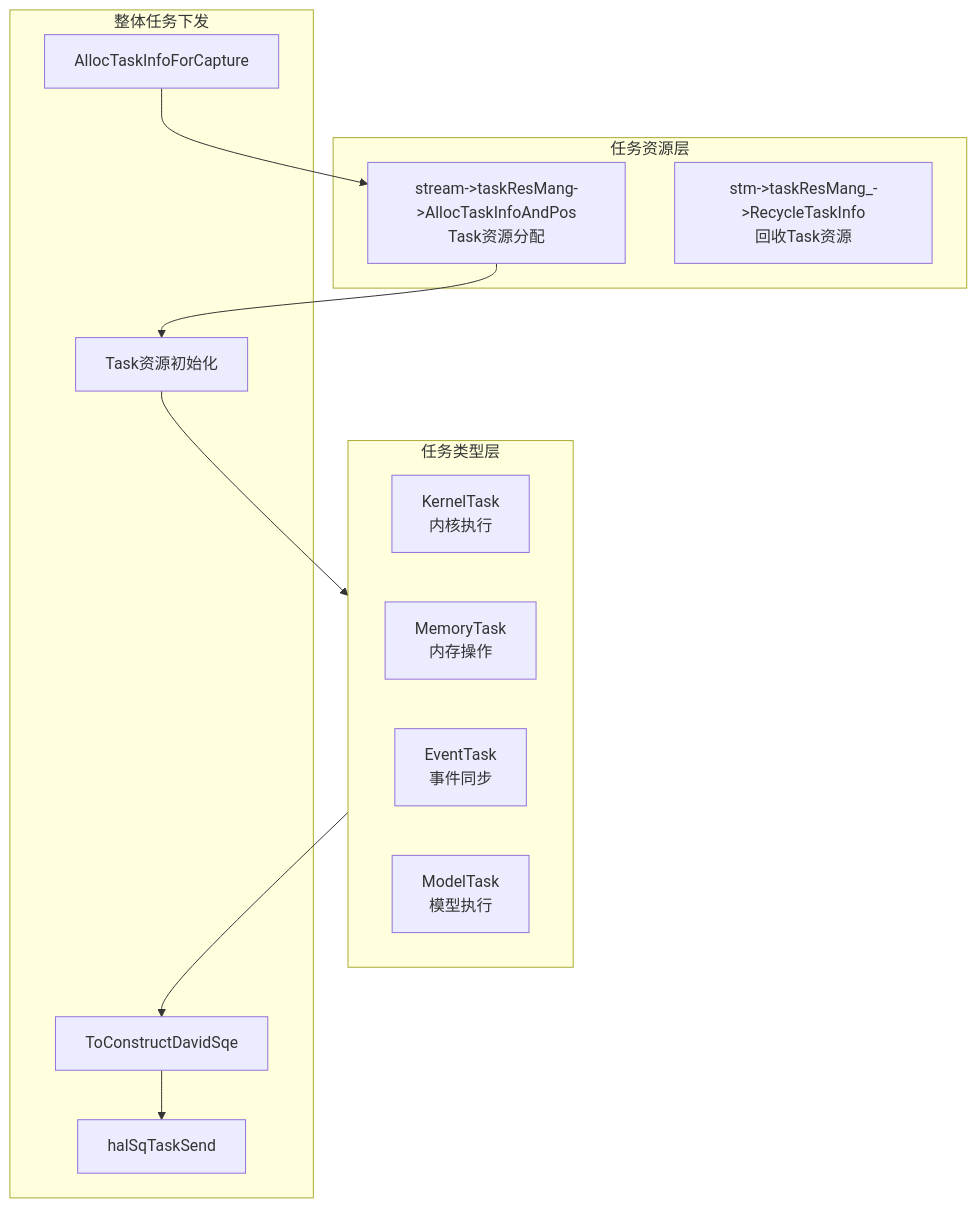
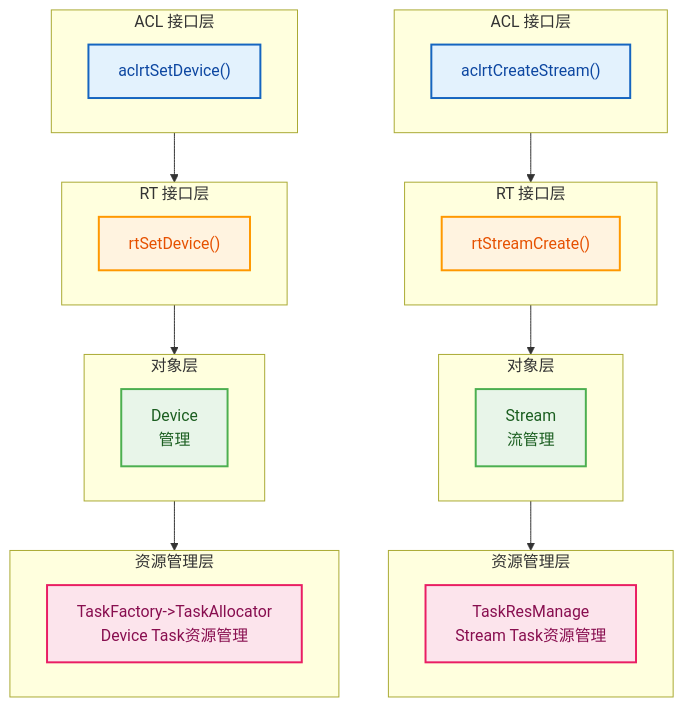
Before and after one commit to 18liumin/runtime: the first of 7 diagrams in docs/design/modules/task/task.md, drawn with Mermaid. The commit also changed other lines of this file, not shown here.

````diff
--- a/docs/design/modules/task/task.md
+++ b/docs/design/modules/task/task.md
@@ -96,27 +52,49 @@
 ```mermaid
+
 graph TB
-    subgraph TaskTypes["任务类型层"]
-        KernelTask["KernelTask<br/>内核执行"]
-        MemTask["MemoryTask<br/>内存操作"]
-        EventTask["EventTask<br/>事件同步"]
-        ModelTask["ModelTask<br/>模型执行"]
+    classDef apiStyle fill:#E3F2FD,stroke:#1565C0,stroke-width:2px,color:#0D47A1
+    classDef rtStyle fill:#FFF3E0,stroke:#FF9800,stroke-width:2px,color:#E65100
+    classDef objStyle fill:#E8F5E9,stroke:#4CAF50,stroke-width:2px,color:#1B5E20
+    classDef resStyle fill:#FCE4EC,stroke:#E91E63,stroke-width:2px,color:#880E4F
+
+    subgraph ACL_API1["ACL 接口层"]
+        aclrtCreateStream["aclrtCreateStream()"]:::apiStyle
     end
 
-    subgraph TaskResManage["任务资源层"]
-        AllocTaskInfo["stream->taskResMang->AllocTaskInfoAndPos<br/>Task资源分配"]
-        RecycleTaskInfo["stm->taskResMang_->RecycleTaskInfo<br/>回收Task资源"]
+    subgraph RT_API1["RT 接口层"]
+        rtStreamCreate["rtStreamCreate()"]:::rtStyle
     end
 
-    subgraph DavidSendTask["整体任务下发"]
-        Task资源分配["AllocTaskInfoForCapture"]
-        Task资源初始化
-        Task转换sqe["ToConstructDavidSqe"]
-        Task下发["halSqTaskSend"]
+    subgraph Object1["对象层"]
+        Stream["Stream <br/> 流管理"]:::objStyle
     end
 
-    Task资源初始化 --> TaskTypes
-    Task资源分配 --> AllocTaskInfo
-    AllocTaskInfo --> Task资源初始化
-    TaskTypes --> Task转换sqe
-    Task转换sqe --> Task下发
+    subgraph StreamResource["资源管理层"]
+        TaskResManage["TaskResManage<br/>Stream Task资源管理"]:::resStyle
+    end
+
+    ACL_API1 --> RT_API1
+    RT_API1 --> Object1
+    Object1 --> StreamResource
+
+    subgraph ACL_API["ACL 接口层"]
+        aclrtSetDevice["aclrtSetDevice()"]:::apiStyle
+    end
+
+    subgraph RT_API["RT 接口层"]
+        rtSetDevice["rtSetDevice()"]:::rtStyle
+    end
+
+    subgraph Object["对象层"]
+        Device["Device <br/> 管理"]:::objStyle
+    end
+
+    subgraph DeviceResource["资源管理层"]
+        TaskAllocator["TaskFactory->TaskAllocator<br/>Device Task资源管理"]:::resStyle
+    end
+
+    ACL_API --> RT_API
+    RT_API --> Object
+    Object --> DeviceResource
+
 ```
````
